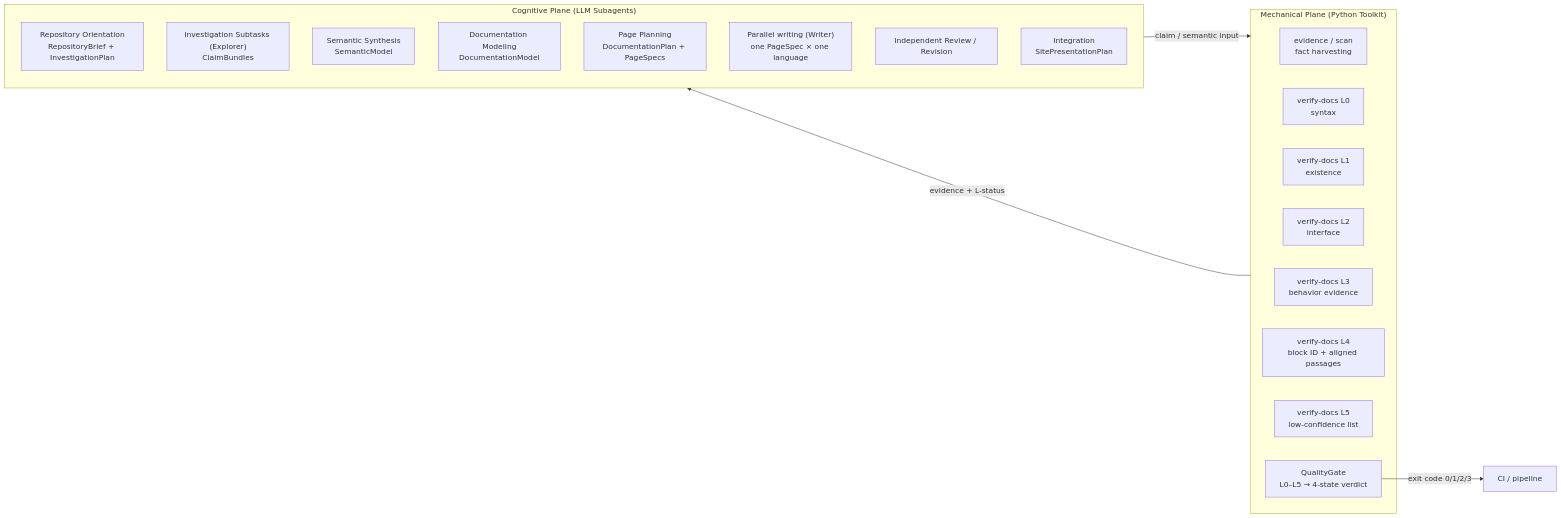
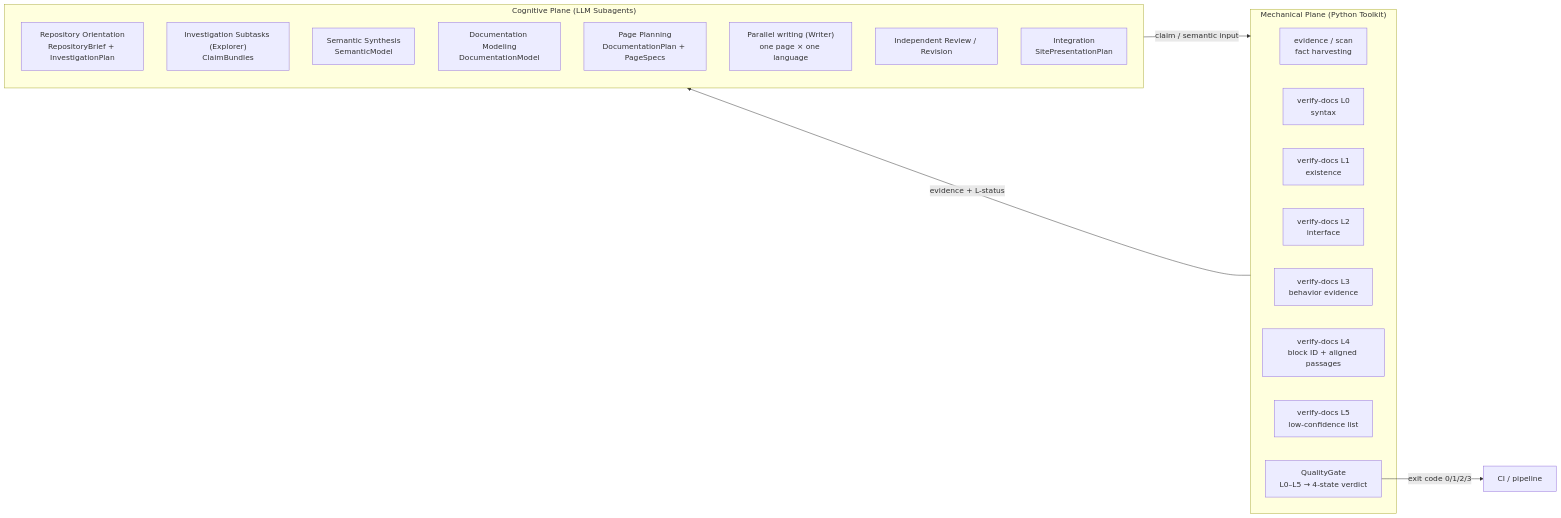
The diagram in README.en.md (somnifex/MakeWiki.skills), drawn with Mermaid before and after one commit. The commit also changed other lines of this file and 24 other files, not shown here.

First line of the commit message:
Refactor documentation and validation for PageSpec and DocumentationPlan

````diff
--- a/README.en.md
+++ b/README.en.md
@@ -136,28 +137,28 @@
 ```mermaid
 flowchart LR
     subgraph Cognitive["Cognitive Plane (LLM Subagents)"]
         Orient["Repository Orientation<br/>RepositoryBrief + InvestigationPlan"]
         Explorers["Investigation Subtasks (Explorer)<br/>ClaimBundles"]
         Synth["Semantic Synthesis<br/>SemanticModel"]
         DocModel["Documentation Modeling<br/>DocumentationModel"]
         Pages["Page Planning<br/>DocumentationPlan + PageSpecs"]
-        Writers["Parallel writing (Writer)<br/>one PageSpec × one language"]
+        Writers["Parallel writing (Writer)<br/>one page × one language"]
         Review["Independent Review / Revision"]
         Integ["Integration<br/>SitePresentationPlan"]
     end
 
     subgraph Mechanical["Mechanical Plane (Python Toolkit)"]
         Evid["evidence / scan<br/>fact harvesting"]
         V0["verify-docs L0<br/>syntax"]
         V1["verify-docs L1<br/>existence"]
         V2["verify-docs L2<br/>interface"]
         V3["verify-docs L3<br/>behavior evidence"]
         V4["verify-docs L4<br/>block ID + aligned passages"]
         V5["verify-docs L5<br/>low-confidence list"]
         QG["QualityGate<br/>L0–L5 → 4-state verdict"]
     end
 
     Cognitive -->|claim / semantic input| Mechanical
     Mechanical -->|evidence + L-status| Cognitive
     QG -->|exit code 0/1/2/3| CI[CI / pipeline]
 ```
````
